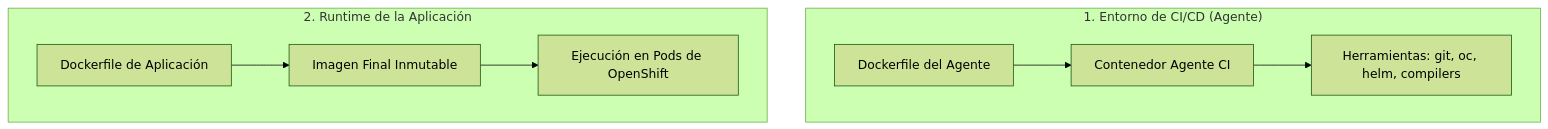
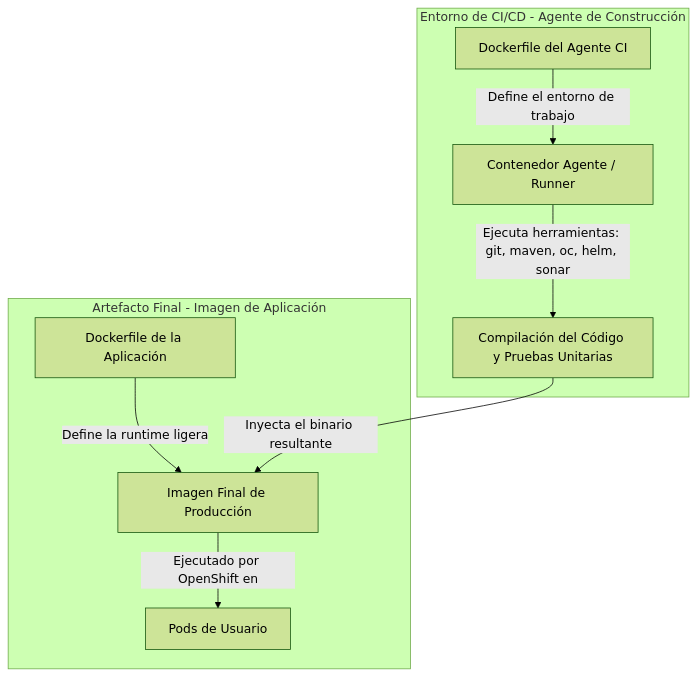
One commit to ieftraining/curso-openshift changed the fifth of 6 diagrams in docs/sesion4/4.5 Construir en la plataforma.md. Above: the diagram before and after it, drawn with Mermaid (forest theme). The commit also changed other lines of this file, not shown here.

````diff
--- a/docs/sesion4/4.5 Construir en la plataforma.md
+++ b/docs/sesion4/4.5 Construir en la plataforma.md
@@ -122,12 +156,13 @@
 ```mermaid
 flowchart TD
-    subgraph Agente ["1. Entorno de CI/CD (Agente)"]
-        A1[Dockerfile del Agente] --> A2[Contenedor Agente CI]
-        A2 --> A3[Herramientas: git, oc, helm, compilers]
+    subgraph Entorno de CI/CD - Agente de Construcción
+        A1[Dockerfile del Agente CI] -->|Define el entorno de trabajo| A2[Contenedor Agente / Runner]
+        A2 -->|Ejecuta herramientas: git, maven, oc, helm, sonar| A3[Compilación del Código y Pruebas Unitarias]
     end
 
-    subgraph Runtime ["2. Runtime de la Aplicación"]
-        B1[Dockerfile de Aplicación] --> B2[Imagen Final Inmutable]
-        B2 --> B3[Ejecución en Pods de OpenShift]
+    subgraph Artefacto Final - Imagen de Aplicación
+        B1[Dockerfile de la Aplicación] -->|Define la runtime ligera| B2[Imagen Final de Producción]
+        A3 -->|Inyecta el binario resultante| B2
+        B2 -->|Ejecutado por OpenShift en| B3[Pods de Usuario]
     end
 ```
````
